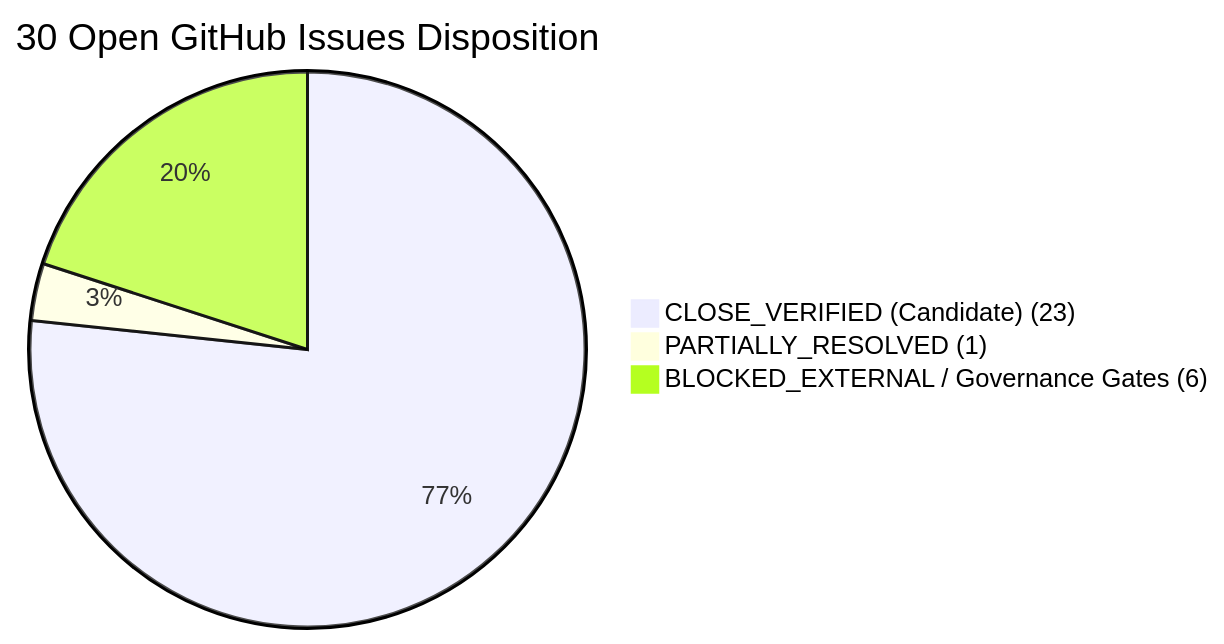
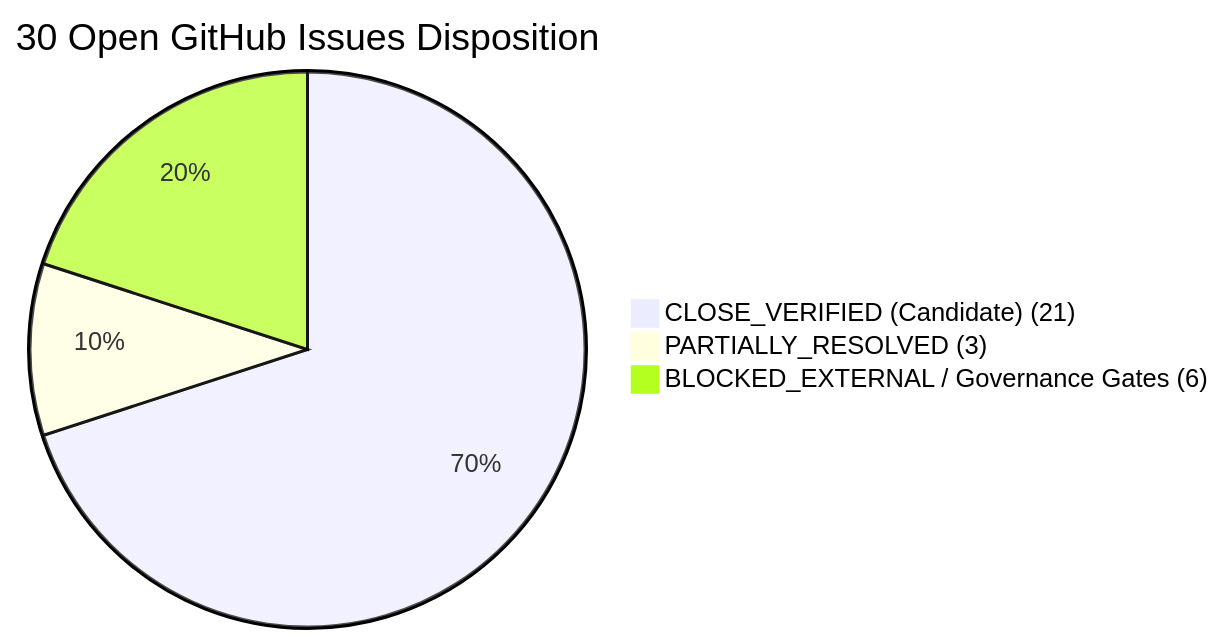
The diagram in docs/AUDIT_RECONCILIATION_30_ISSUES.md (o0k00l/MF-AI-Based), drawn with Mermaid before and after one commit. The commit also changed other lines of this file and 8 other files, not shown here.

````diff
--- a/docs/AUDIT_RECONCILIATION_30_ISSUES.md
+++ b/docs/AUDIT_RECONCILIATION_30_ISSUES.md
@@ -28,6 +28,6 @@
 ```mermaid
 pie title 30 Open GitHub Issues Disposition
-    "CLOSE_VERIFIED (Candidate) (23)" : 23
-    "PARTIALLY_RESOLVED (1)" : 1
+    "CLOSE_VERIFIED (Candidate) (21)" : 21
+    "PARTIALLY_RESOLVED (3)" : 3
     "BLOCKED_EXTERNAL / Governance Gates (6)" : 6
 ```
````
